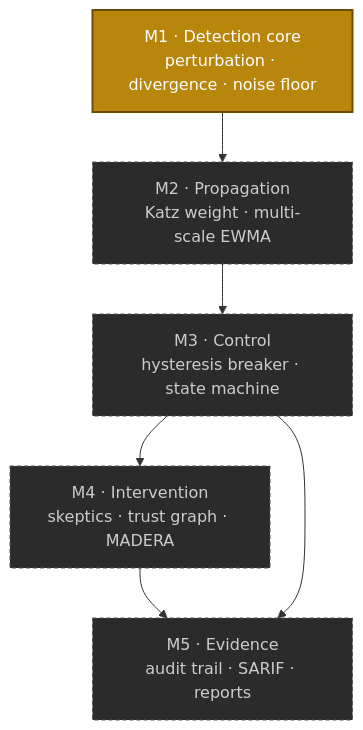
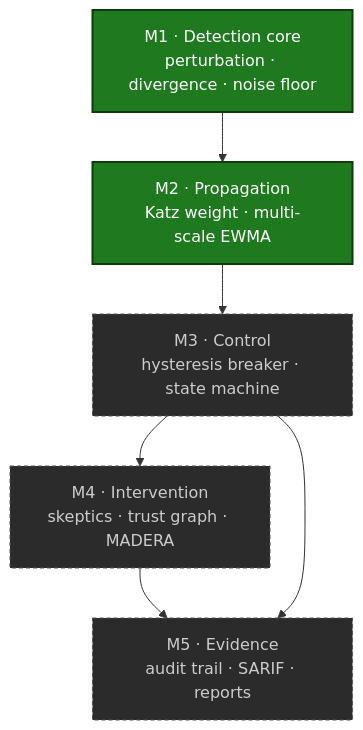
One commit to krishddd/weighted-emergent-bias changed the second of 2 diagrams in README.md. Above: the diagram before and after it, drawn with Mermaid. The commit also changed other lines of this file and 4 other files, not shown here.

````diff
--- a/README.md
+++ b/README.md
@@ -129,12 +148,12 @@
 ```mermaid
 flowchart TD
-    M1["M1 · Detection core<br/>perturbation · divergence · noise floor"]:::wip
-    M2["M2 · Propagation<br/>Katz weight · multi-scale EWMA"]:::todo
+    M1["M1 · Detection core<br/>perturbation · divergence · noise floor"]:::done
+    M2["M2 · Propagation<br/>Katz weight · multi-scale EWMA"]:::done
     M3["M3 · Control<br/>hysteresis breaker · state machine"]:::todo
     M4["M4 · Intervention<br/>skeptics · trust graph · MADERA"]:::todo
     M5["M5 · Evidence<br/>audit trail · SARIF · reports"]:::todo
     M1 --> M2 --> M3 --> M4 --> M5
     M3 --> M5
-    classDef wip fill:#b8860b,color:#fff,stroke:#6b4e06,stroke-width:2px;
+    classDef done fill:#1f7a1f,color:#fff,stroke:#0d3d0d,stroke-width:2px;
     classDef todo fill:#2b2b2b,color:#ccc,stroke:#555,stroke-dasharray:4 3;
 ```
````
